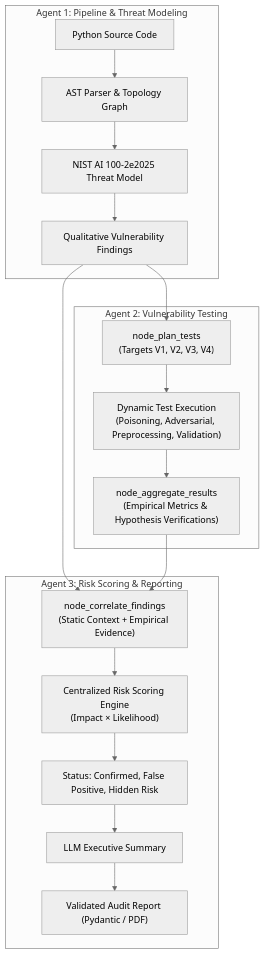
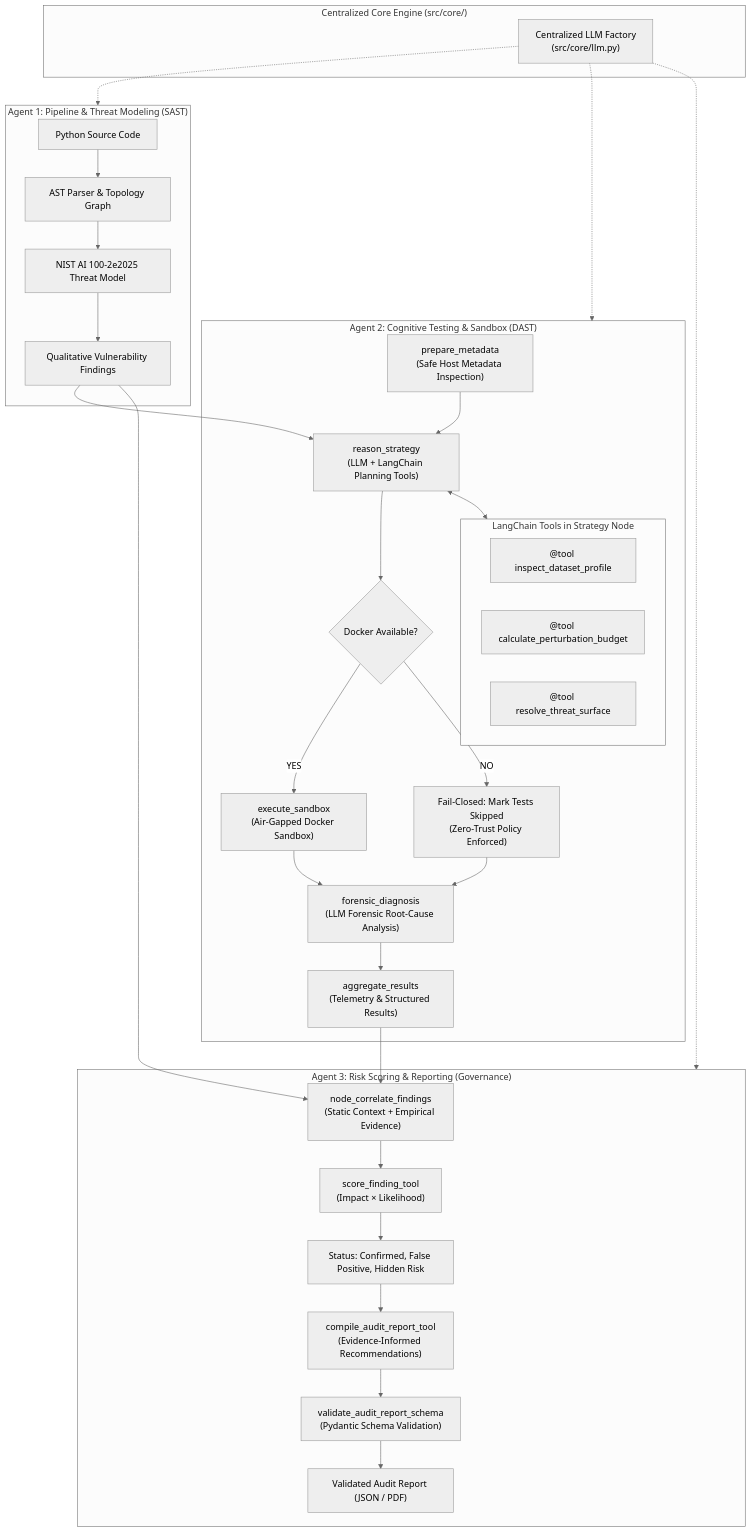
One commit to AlsaeedR/AegisML changed the diagram in README.md. Above: the diagram before and after it, drawn with Mermaid (neutral theme). The commit also changed other lines of this file and 14 other files, not shown here.

Commit message:
feat: centralize LLM engine, add Agent 2 cognitive reasoning, Docker sandbox, and update documentation

````diff
--- a/README.md
+++ b/README.md
@@ -25,24 +25,47 @@
 ```mermaid
 flowchart TD
-    subgraph A1 ["Agent 1: Pipeline & Threat Modeling"]
+    subgraph Core ["Centralized Core Engine (src/core/)"]
+        LLMFactory["Centralized LLM Factory\n(src/core/llm.py)"]
+    end
+
+    subgraph A1 ["Agent 1: Pipeline & Threat Modeling (SAST)"]
         Code["Python Source Code"] --> AST["AST Parser & Topology Graph"]
         AST --> ThreatModel["NIST AI 100-2e2025 Threat Model"]
         ThreatModel --> Vulns["Qualitative Vulnerability Findings"]
     end
 
-    subgraph A2 ["Agent 2: Vulnerability Testing"]
-        Planner["node_plan_tests\n(Targets V1, V2, V3, V4)"] --> Runner["Dynamic Test Execution\n(Poisoning, Adversarial, Preprocessing, Validation)"]
-        Runner --> Aggregation["node_aggregate_results\n(Empirical Metrics & Hypothesis Verifications)"]
+    subgraph A2 ["Agent 2: Cognitive Testing & Sandbox (DAST)"]
+        Meta["prepare_metadata\n(Safe Host Metadata Inspection)"] --> Reason["reason_strategy\n(LLM + LangChain Planning Tools)"]
+        
+        subgraph Tools ["LangChain Tools in Strategy Node"]
+            T1["@tool inspect_dataset_profile"]
+            T2["@tool calculate_perturbation_budget"]
+            T3["@tool resolve_threat_surface"]
+        end
+        Reason <--> Tools
+
+        Reason --> Gate{"Docker Available?"}
+        Gate -- "YES" --> Docker["execute_sandbox\n(Air-Gapped Docker Sandbox)"]
+        Gate -- "NO" --> FailClosed["Fail-Closed: Mark Tests Skipped\n(Zero-Trust Policy Enforced)"]
+
+        Docker --> Forensic["forensic_diagnosis\n(LLM Forensic Root-Cause Analysis)"]
+        FailClosed --> Forensic
+        Forensic --> Agg["aggregate_results\n(Telemetry & Structured Results)"]
     end
 
-    subgraph A3 ["Agent 3: Risk Scoring & Reporting"]
-        Correlate["node_correlate_findings\n(Static Context + Empirical Evidence)"] --> Scoring["Centralized Risk Scoring Engine\n(Impact × Likelihood)"]
+    subgraph A3 ["Agent 3: Risk Scoring & Reporting (Governance)"]
+        Correlate["node_correlate_findings\n(Static Context + Empirical Evidence)"] --> Scoring["score_finding_tool\n(Impact × Likelihood)"]
         Scoring --> Correlation["Status: Confirmed, False Positive, Hidden Risk"]
-        Correlation --> LLM["LLM Executive Summary"]
-        LLM --> FinalReport["Validated Audit Report (Pydantic / PDF)"]
+        Correlation --> Builder["compile_audit_report_tool\n(Evidence-Informed Recommendations)"]
+        Builder --> Validation["validate_audit_report_schema\n(Pydantic Schema Validation)"]
+        Validation --> FinalReport["Validated Audit Report (JSON / PDF)"]
     end
 
-    Vulns --> Planner
+    LLMFactory -.-> A1
+    LLMFactory -.-> A2
+    LLMFactory -.-> A3
+
+    Vulns --> Reason
     Vulns --> Correlate
-    Aggregation --> Correlate
+    Agg --> Correlate
 ```
````
